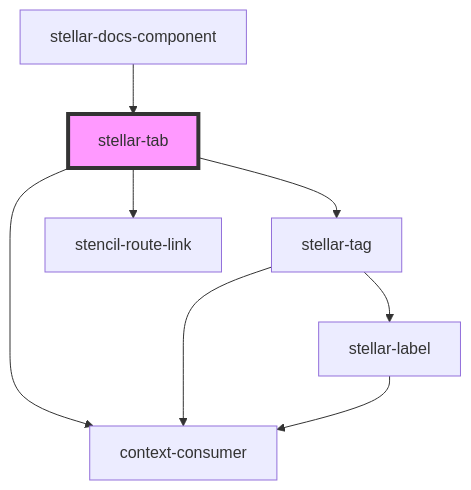
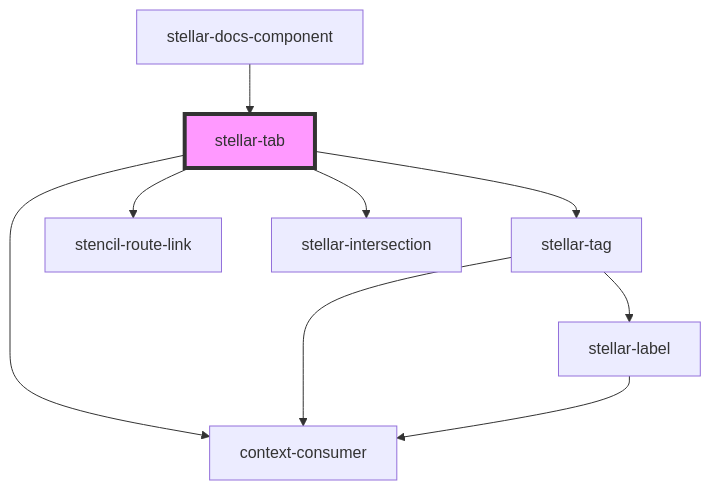
The diagram in src/components/ui/tab/readme.md (splitinfinities/Stellar), drawn with Mermaid before and after one commit. The commit also changed other lines of this file and 30 other files, not shown here.

````diff
--- a/src/components/ui/tab/readme.md
+++ b/src/components/ui/tab/readme.md
@@ -58,11 +59,12 @@
 ```mermaid
 graph TD;
   stellar-tab --> stellar-tag
   stellar-tab --> stencil-route-link
+  stellar-tab --> stellar-intersection
   stellar-tab --> context-consumer
   stellar-tag --> stellar-label
   stellar-tag --> context-consumer
   stellar-label --> context-consumer
   stellar-docs-component --> stellar-tab
   style stellar-tab fill:#f9f,stroke:#333,stroke-width:4px
 ```
````
